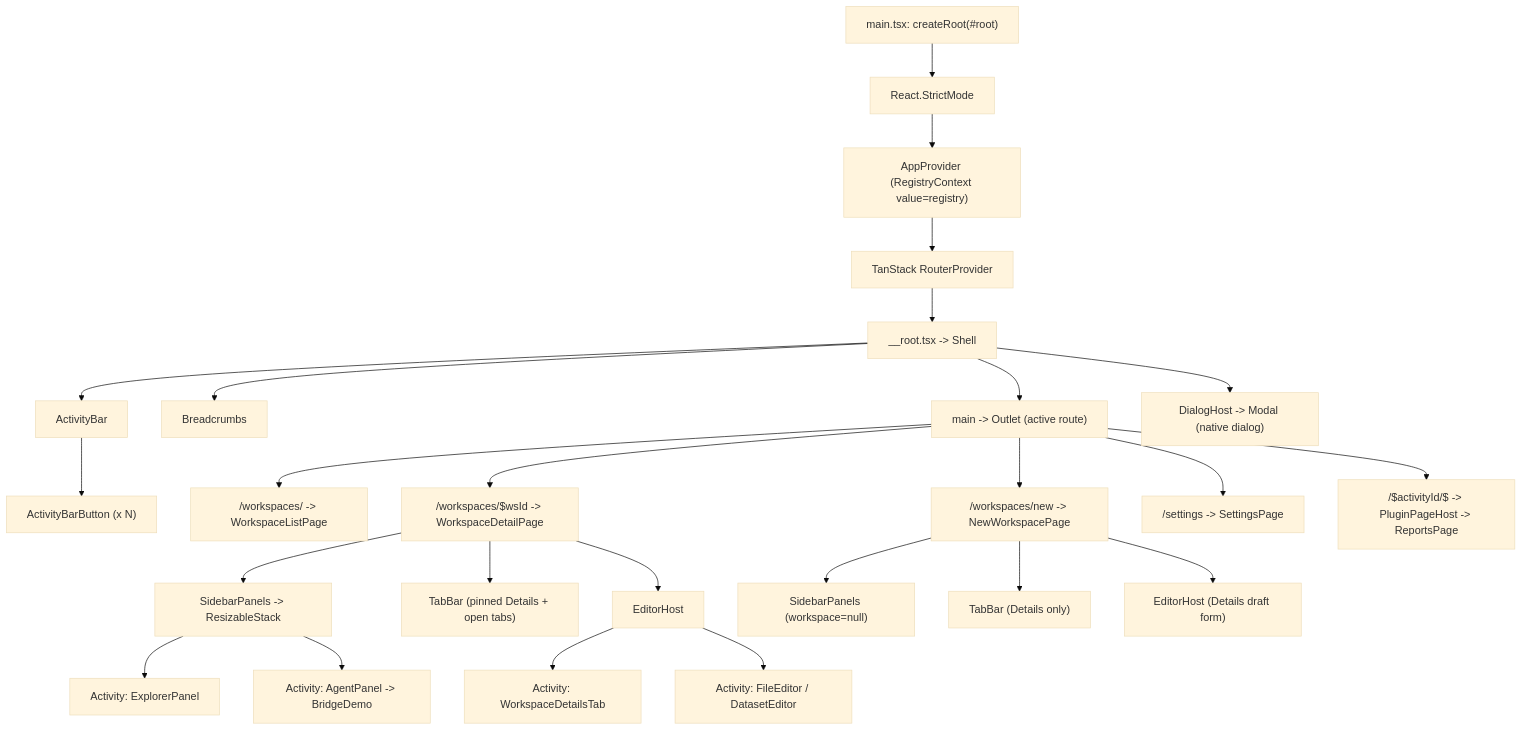
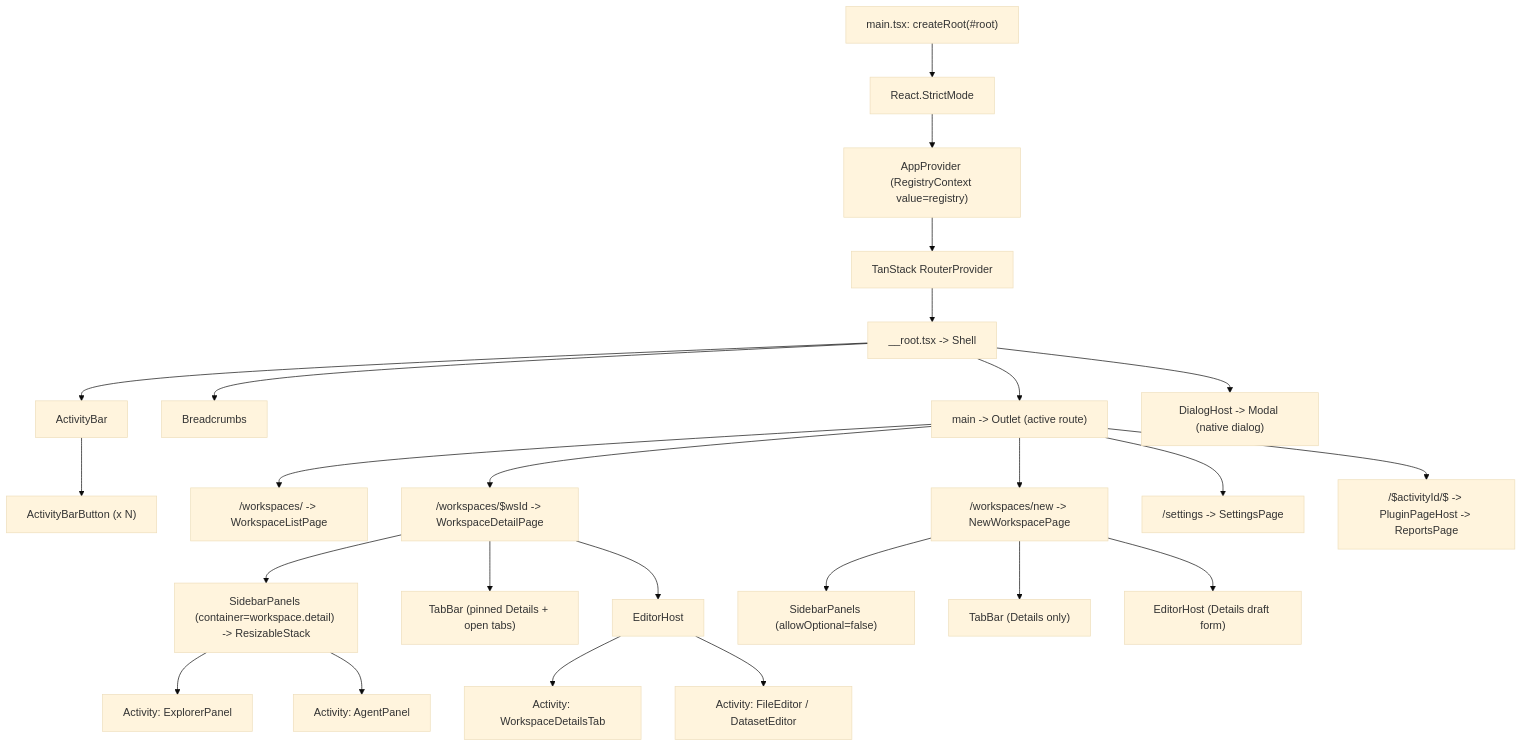
One commit to ppongtong/ide-shell changed the first of 12 diagrams in docs/DESIGN.md. Above: the diagram before and after it, drawn with Mermaid (base theme). The commit also changed other lines of this file, not shown here.

Commit message:
Fix Mermaid sequenceDiagram syntax and sync DESIGN.md with plugin contracts

````diff
--- a/docs/DESIGN.md
+++ b/docs/DESIGN.md
@@ -58,34 +57,34 @@
 ```mermaid
 flowchart TD
     Main["main.tsx: createRoot(#root)"] --> Strict["React.StrictMode"]
     Strict --> AppProvider["AppProvider (RegistryContext value=registry)"]
     AppProvider --> RouterProvider["TanStack RouterProvider"]
     RouterProvider --> Root["__root.tsx -> Shell"]
 
     Root --> ActivityBar["ActivityBar"]
     Root --> Breadcrumbs["Breadcrumbs"]
     Root --> Outlet["main -> Outlet (active route)"]
     Root --> DialogHost["DialogHost -> Modal (native dialog)"]
 
     ActivityBar --> ActivityBtn["ActivityBarButton (x N)"]
 
     Outlet --> ListPage["/workspaces/ -> WorkspaceListPage"]
     Outlet --> NewPage["/workspaces/new -> NewWorkspacePage"]
     Outlet --> DetailPage["/workspaces/$wsId -> WorkspaceDetailPage"]
     Outlet --> SettingsPage["/settings -> SettingsPage"]
     Outlet --> PluginHost["/$activityId/$ -> PluginPageHost -> ReportsPage"]
 
-    DetailPage --> Sidebar["SidebarPanels -> ResizableStack"]
+    DetailPage --> Sidebar["SidebarPanels (container=workspace.detail) -> ResizableStack"]
     DetailPage --> TabBar["TabBar (pinned Details + open tabs)"]
     DetailPage --> EditorHost["EditorHost"]
 
-    NewPage --> SidebarDraft["SidebarPanels (workspace=null)"]
+    NewPage --> SidebarDraft["SidebarPanels (allowOptional=false)"]
     NewPage --> TabBarDraft["TabBar (Details only)"]
     NewPage --> EditorDraft["EditorHost (Details draft form)"]
 
     Sidebar --> ActExp["Activity: ExplorerPanel"]
-    Sidebar --> ActAg["Activity: AgentPanel -> BridgeDemo"]
+    Sidebar --> ActAg["Activity: AgentPanel"]
 
     EditorHost --> ActDet["Activity: WorkspaceDetailsTab"]
     EditorHost --> ActEd["Activity: FileEditor / DatasetEditor"]
 ```
````
